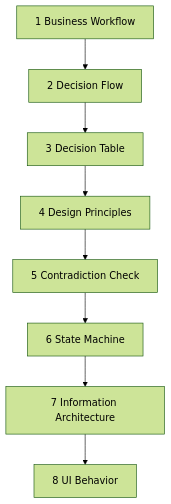
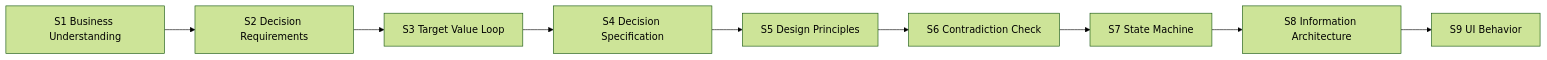
Before and after one commit to lilpacy/dotfiles: the first of 2 diagrams in skills/interaction-design-review-agent/references/process-model.md, drawn with Mermaid (forest theme). The commit also changed other lines of this file and 25 other files, not shown here.

Commit message:
skills: gate design reviews on business understanding

````diff
--- a/skills/interaction-design-review-agent/references/process-model.md
+++ b/skills/interaction-design-review-agent/references/process-model.md
@@ -5,13 +5,14 @@
 ```mermaid
-flowchart TD
-    S1[1 Business Workflow]
-    S2[2 Decision Flow]
-    S3[3 Decision Table]
-    S4[4 Design Principles]
-    S5[5 Contradiction Check]
-    S6[6 State Machine]
-    S7[7 Information Architecture]
-    S8[8 UI Behavior]
+flowchart LR
+    S1[S1 Business Understanding]
+    S2[S2 Decision Requirements]
+    S3[S3 Target Value Loop]
+    S4[S4 Decision Specification]
+    S5[S5 Design Principles]
+    S6[S6 Contradiction Check]
+    S7[S7 State Machine]
+    S8[S8 Information Architecture]
+    S9[S9 UI Behavior]
 
-    S1 --> S2 --> S3 --> S4 --> S5 --> S6 --> S7 --> S8
+    S1 --> S2 --> S3 --> S4 --> S5 --> S6 --> S7 --> S8 --> S9
 ```
````
